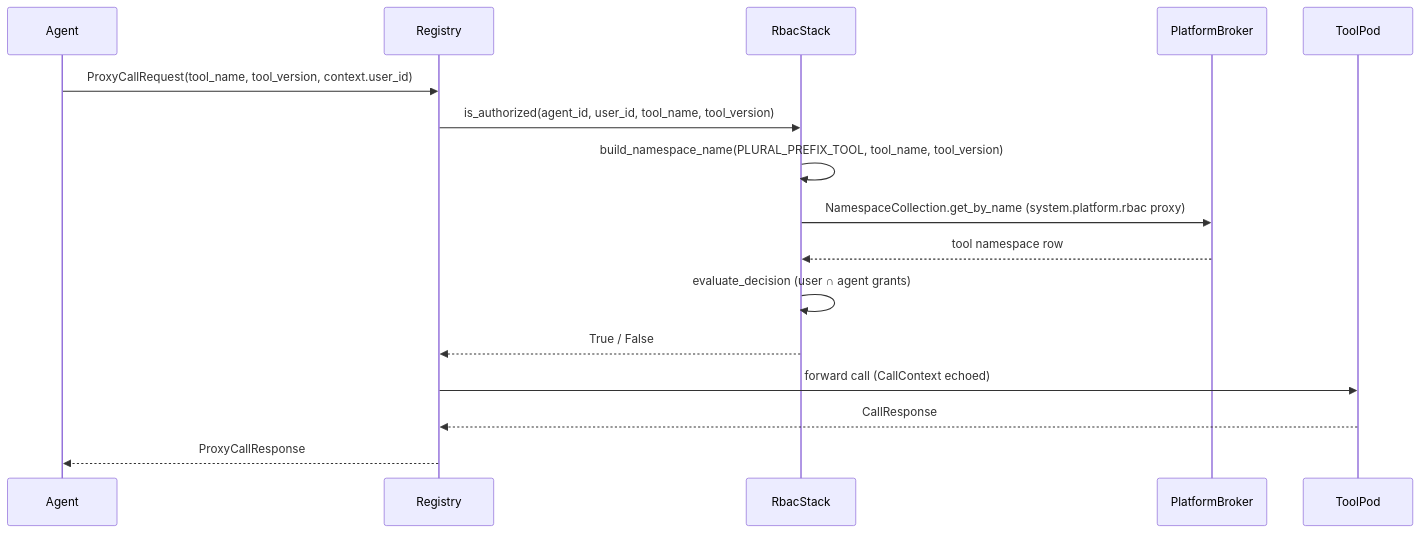
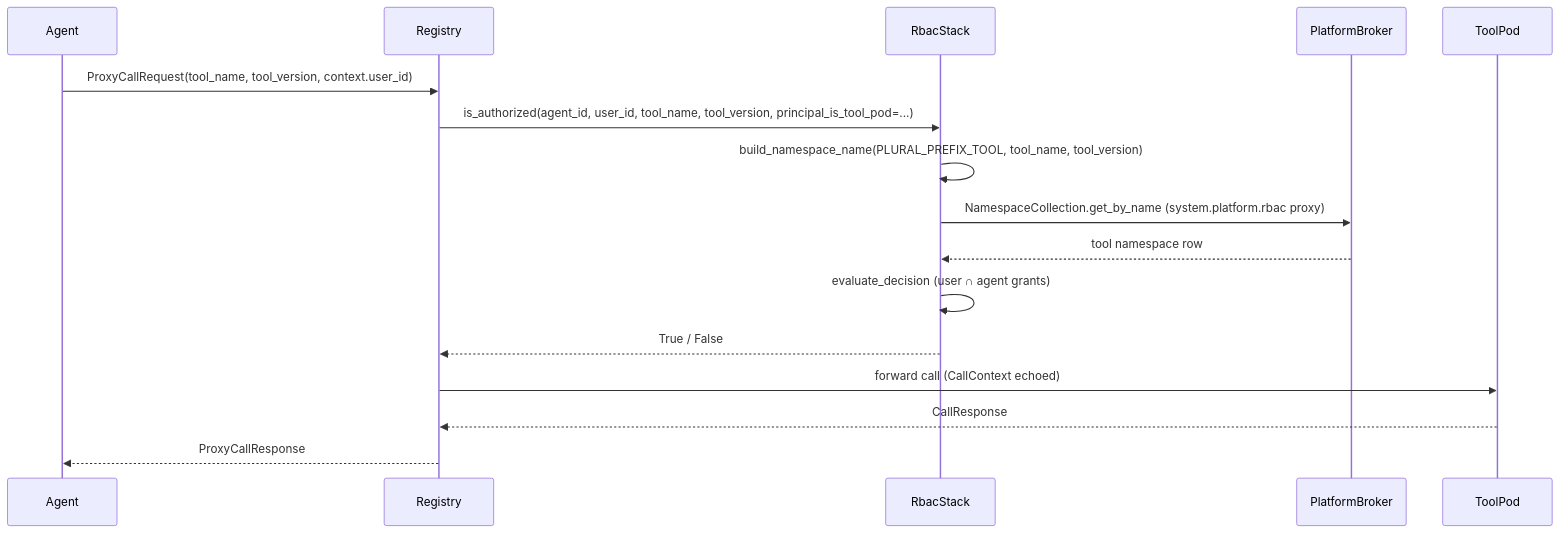
Before and after one commit to pacepace/3tears: the diagram in packages/registry/README.md, drawn with Mermaid. The commit also changed other lines of this file and 54 other files, not shown here.

````diff
--- a/packages/registry/README.md
+++ b/packages/registry/README.md
@@ -65,19 +71,19 @@
 ```mermaid
 sequenceDiagram
     participant Agent
     participant Registry
     participant RbacStack
     participant PlatformBroker
     participant ToolPod
 
     Agent->>Registry: ProxyCallRequest(tool_name, tool_version, context.user_id)
-    Registry->>RbacStack: is_authorized(agent_id, user_id, tool_name, tool_version)
+    Registry->>RbacStack: is_authorized(agent_id, user_id, tool_name, tool_version, principal_is_tool_pod=...)
     RbacStack->>RbacStack: build_namespace_name(PLURAL_PREFIX_TOOL, tool_name, tool_version)
     RbacStack->>PlatformBroker: NamespaceCollection.get_by_name (system.platform.rbac proxy)
     PlatformBroker-->>RbacStack: tool namespace row
     RbacStack->>RbacStack: evaluate_decision (user ∩ agent grants)
     RbacStack-->>Registry: True / False
     Registry->>ToolPod: forward call (CallContext echoed)
     ToolPod-->>Registry: CallResponse
     Registry-->>Agent: ProxyCallResponse
 ```
````
